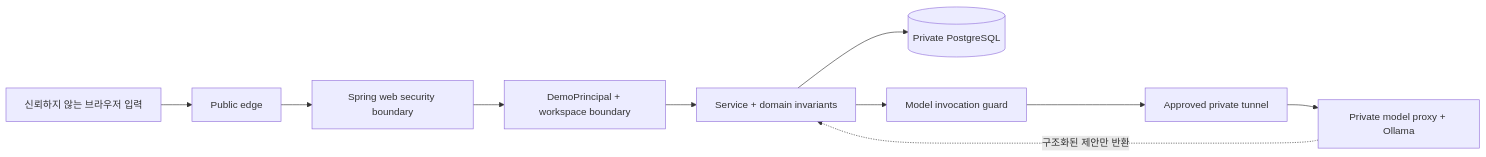
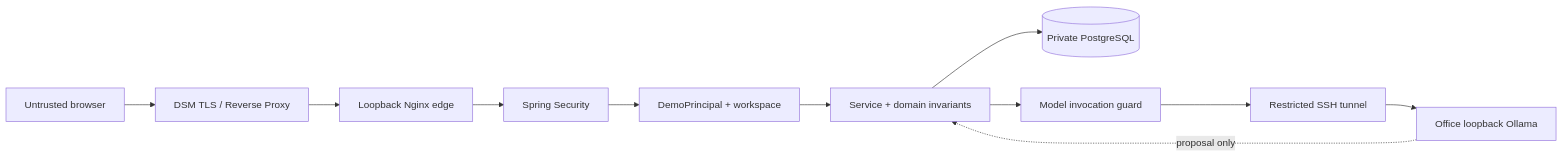
The diagram in 02_projects/opsmate-local/docs/THREAT_MODEL.md (son1004007/engineering-career-portfolio), drawn with Mermaid before and after one commit. The commit also changed other lines of this file and 29 other files, not shown here.

````diff
--- a/02_projects/opsmate-local/docs/THREAT_MODEL.md
+++ b/02_projects/opsmate-local/docs/THREAT_MODEL.md
@@ -31,13 +24,14 @@
 ```mermaid
 flowchart LR
-    U["신뢰하지 않는 브라우저 입력"] --> EDGE["Public edge"]
-    EDGE --> WEB["Spring web security boundary"]
-    WEB --> CONTEXT["DemoPrincipal + workspace boundary"]
+    U["Untrusted browser"] --> DSM["DSM TLS / Reverse Proxy"]
+    DSM --> EDGE["Loopback Nginx edge"]
+    EDGE --> WEB["Spring Security"]
+    WEB --> CONTEXT["DemoPrincipal + workspace"]
     CONTEXT --> DOMAIN["Service + domain invariants"]
     DOMAIN --> DB[("Private PostgreSQL")]
     DOMAIN --> LIMIT["Model invocation guard"]
-    LIMIT --> TUNNEL["Approved private tunnel"]
-    TUNNEL --> MODEL["Private model proxy + Ollama"]
+    LIMIT --> TUNNEL["Restricted SSH tunnel"]
+    TUNNEL --> MODEL["Office loopback Ollama"]
 
-    MODEL -. "구조화된 제안만 반환" .-> DOMAIN
+    MODEL -. "proposal only" .-> DOMAIN
 ```
````
